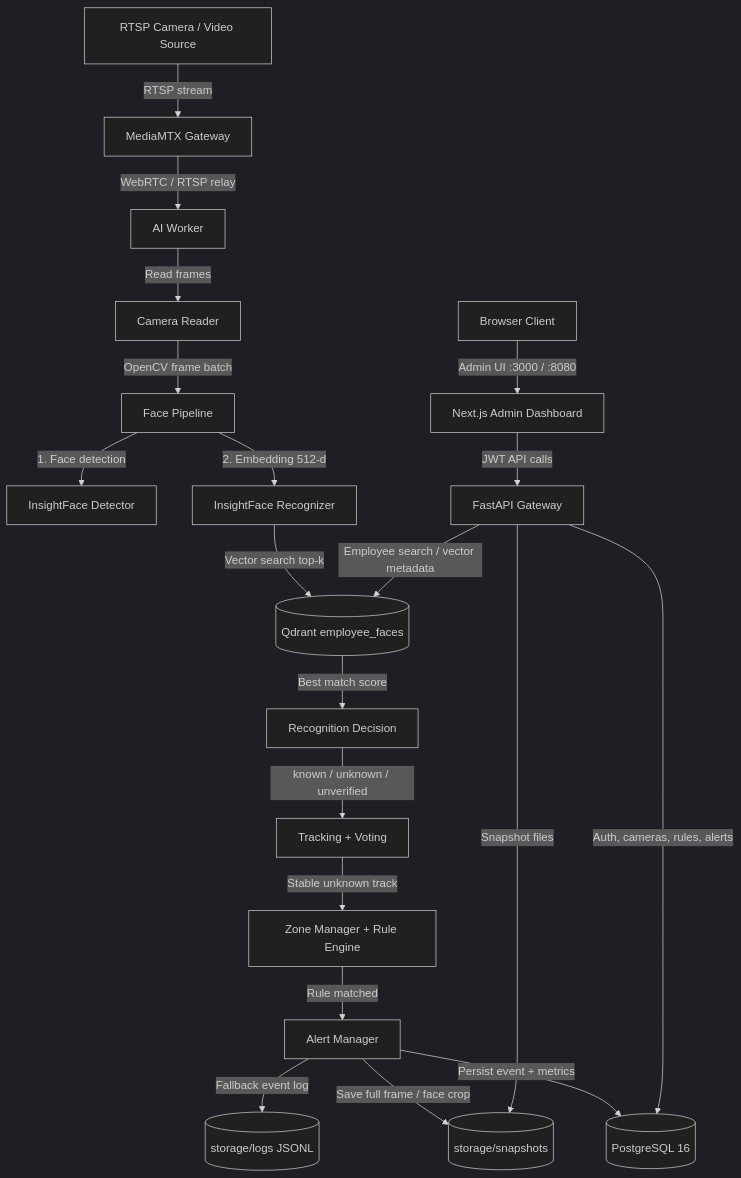
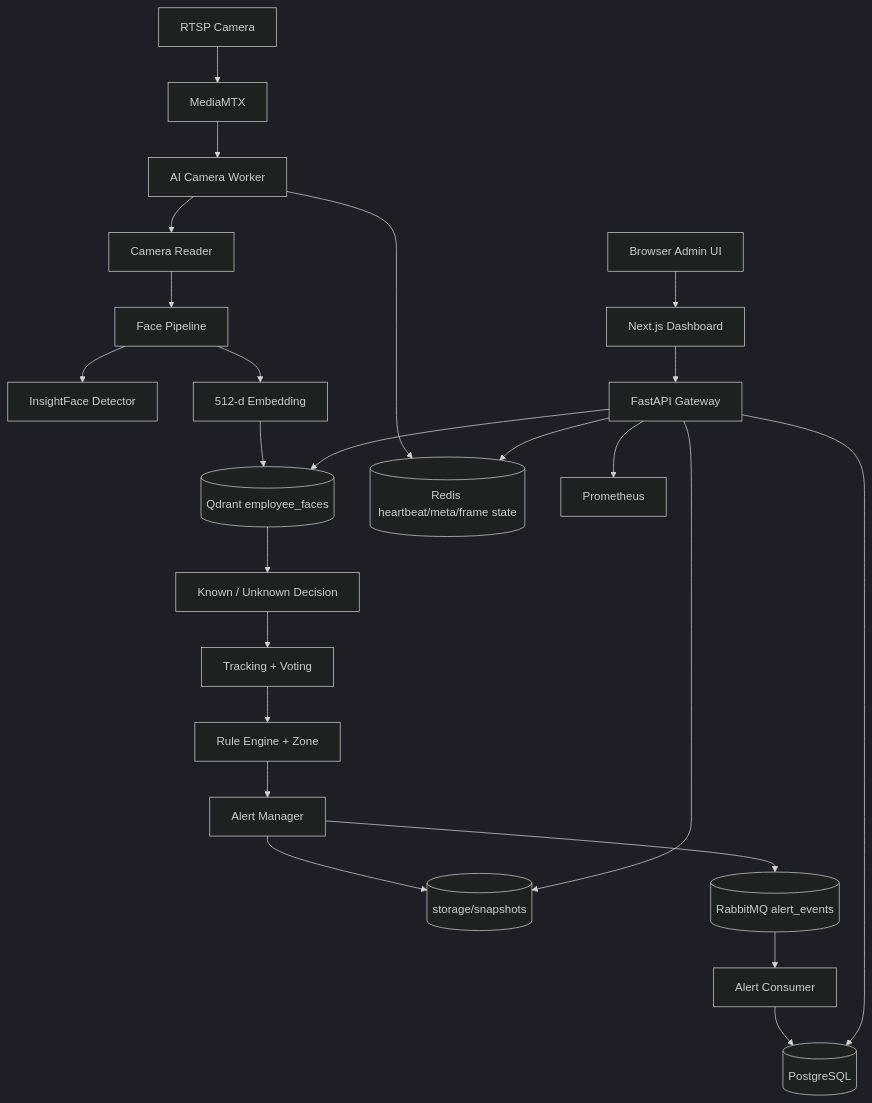
Before and after one commit to AnLHN/anonymos_detection_regconition: the diagram in README.md, drawn with Mermaid (dark theme). The commit also changed other lines of this file and 141 other files, not shown here.

````diff
--- a/README.md
+++ b/README.md
@@ -42,26 +48,31 @@
 ```mermaid
 flowchart TD
-    Camera[RTSP Camera / Video Source] -->|RTSP stream| MediaMTX[MediaMTX Gateway]
-    MediaMTX -->|WebRTC / RTSP relay| Worker[AI Worker]
+    Camera[RTSP Camera] --> MediaMTX[MediaMTX]
+    MediaMTX --> Worker[AI Camera Worker]
 
-    Worker -->|Read frames| Reader[Camera Reader]
-    Reader -->|OpenCV frame batch| FacePipeline[Face Pipeline]
-    FacePipeline -->|1. Face detection| Detector[InsightFace Detector]
-    FacePipeline -->|2. Embedding 512-d| Recognizer[InsightFace Recognizer]
-    Recognizer -->|Vector search top-k| Qdrant[(Qdrant employee_faces)]
+    Worker --> Reader[Camera Reader]
+    Reader --> FacePipeline[Face Pipeline]
+    FacePipeline --> Detector[InsightFace Detector]
+    FacePipeline --> Embedding[512-d Embedding]
+    Embedding --> Qdrant[(Qdrant employee_faces)]
 
-    Qdrant -->|Best match score| Decision[Recognition Decision]
-    Decision -->|known / unknown / unverified| Tracker[Tracking + Voting]
-    Tracker -->|Stable unknown track| Rules[Zone Manager + Rule Engine]
-    Rules -->|Rule matched| Alerts[Alert Manager]
+    Qdrant --> Decision[Known / Unknown Decision]
+    Decision --> Tracker[Tracking + Voting]
+    Tracker --> RuleEngine[Rule Engine + Zone]
+    RuleEngine --> AlertManager[Alert Manager]
 
-    Alerts -->|Save full frame / face crop| Storage[(storage/snapshots)]
-    Alerts -->|Persist event + metrics| Postgres[(PostgreSQL 16)]
-    Alerts -->|Fallback event log| Logs[(storage/logs JSONL)]
+    AlertManager --> Storage[(storage/snapshots)]
+    AlertManager --> RabbitMQ[(RabbitMQ alert_events)]
+    RabbitMQ --> AlertConsumer[Alert Consumer]
+    AlertConsumer --> Postgres[(PostgreSQL)]
 
-    Browser[Browser Client] -->|Admin UI :3000 / :8080| Frontend[Next.js Admin Dashboard]
-    Frontend -->|JWT API calls| Backend[FastAPI Gateway]
-    Backend -->|Auth, cameras, rules, alerts| Postgres
-    Backend -->|Employee search / vector metadata| Qdrant
-    Backend -->|Snapshot files| Storage
+    Worker --> Redis[(Redis heartbeat/meta/frame state)]
+
+    Browser[Browser Admin UI] --> Frontend[Next.js Dashboard]
+    Frontend --> Backend[FastAPI Gateway]
+    Backend --> Postgres
+    Backend --> Qdrant
+    Backend --> Redis
+    Backend --> Storage
+    Backend --> Prometheus[Prometheus]
 ```
````
